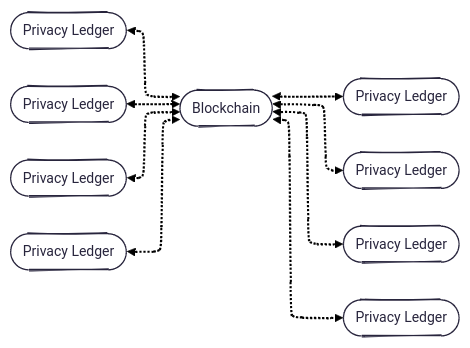
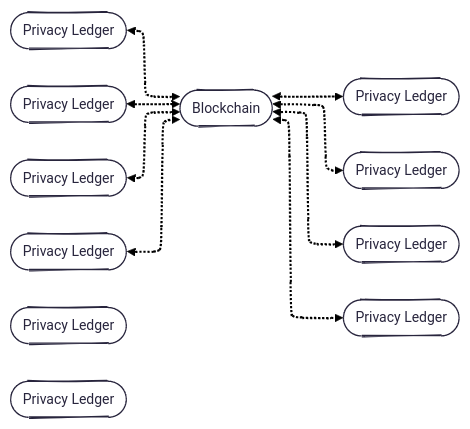
The first of 2 diagrams in enygma_payments/README.md (raylsnetwork/Enygma), drawn with Mermaid before and after one commit.

Commit message:
Add PLX and PLZ to Privacy Ledger diagram

````diff
--- a/enygma_payments/README.md
+++ b/enygma_payments/README.md
@@ -5,21 +5,23 @@
 ```mermaid
 ---
 config:
   theme: redux
   layout: elk
   look: handDrawn
 ---
 flowchart LR
     PLA(["Privacy Ledger"])
     PLB(["Privacy Ledger"])
     PLC(["Privacy Ledger"])
     PLD(["Privacy Ledger"])
+    PLX(["Privacy Ledger"])
 
     B(["Blockchain"])
     PLE(["Privacy Ledger"])
     PLF(["Privacy Ledger"])
     PLG(["Privacy Ledger"])
     PLH(["Privacy Ledger"])
+    PLZ(["Privacy Ledger"])
 
     PLA & PLB & PLC & PLD <-.-> B <-.-> PLE & PLF & PLG & PLH
 ```
````
